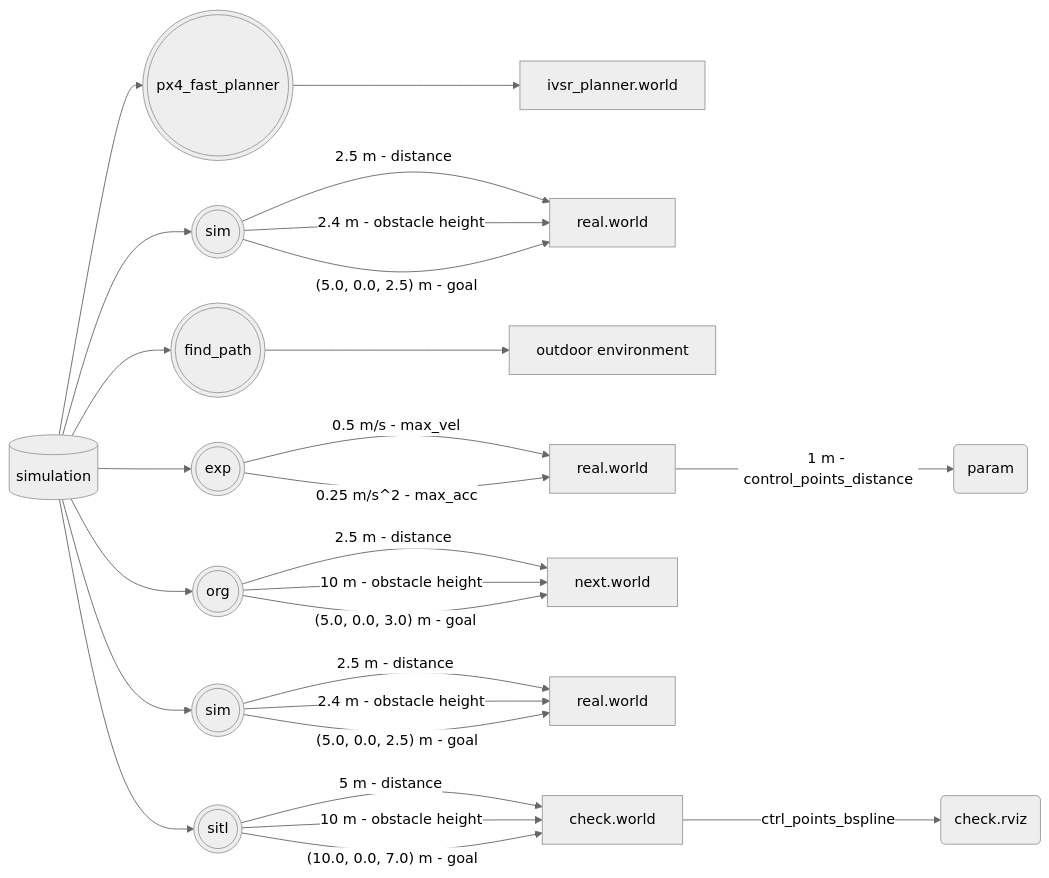
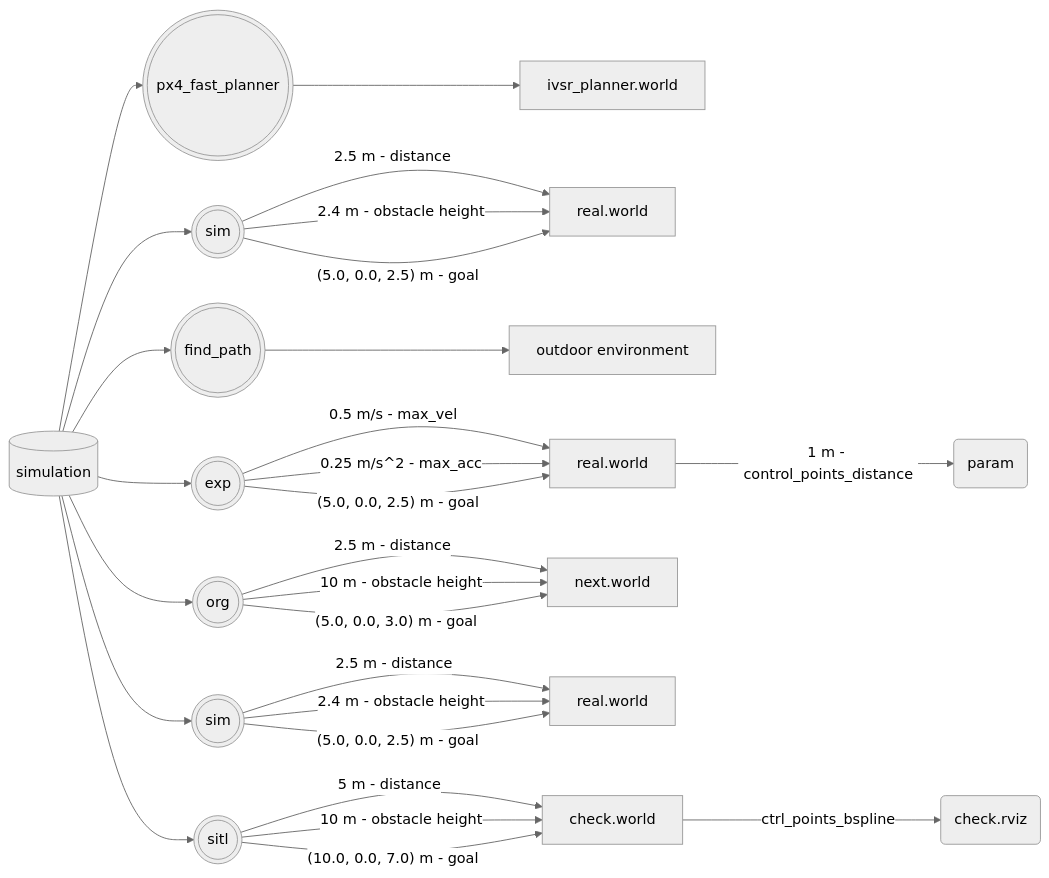
One commit to Dieptranivsr/drone_extend changed the third of 3 diagrams in sp_code/system.md. Above: the diagram before and after it, drawn with Mermaid (neutral theme).

````diff
--- a/sp_code/system.md
+++ b/sp_code/system.md
@@ -12,29 +12,30 @@
 ```mermaid
 flowchart LR 
 
 id1[(simulation)] --> id2(((px4_fast_planner)))
 id2 --> id3[ivsr_planner.world]
 id1 --> id4(((sim)))
 id4 -->|2.5 m - distance| id5[real.world]
 id4 -->|2.4 m - obstacle height| id5
 id4 -->|"(5.0, 0.0, 2.5) m - goal"| id5
 id1 --> id6(((find_path)))
 id6 --> id7[outdoor environment]
 id1 --> id8(((exp)))
 id8 -->|0.5 m/s - max_vel| id9[real.world]
 id8 -->|0.25 m/s^2 - max_acc| id9
+id8 -->|"(5.0, 0.0, 2.5) m - goal"| id9
 id9 -->|1 m - control_points_distance| id10(param)
 id1 --> id11(((org)))
 id11 -->|2.5 m - distance| id12[next.world]
 id11 -->|10 m - obstacle height| id12
 id11 -->|"(5.0, 0.0, 3.0) m - goal"| id12
 id1 --> id13(((sim)))
 id13 -->|2.5 m - distance| id14[real.world]
 id13 -->|2.4 m - obstacle height| id14
 id13 -->|"(5.0, 0.0, 2.5) m - goal"| id14
 id1 --> id15(((sitl)))
 id15 -->|5 m - distance| id16[check.world]
 id15 -->|10 m - obstacle height| id16
 id15 -->|"(10.0, 0.0, 7.0) m - goal"| id16
 id16 -->|ctrl_points_bspline| id17(check.rviz)
 ```
````
